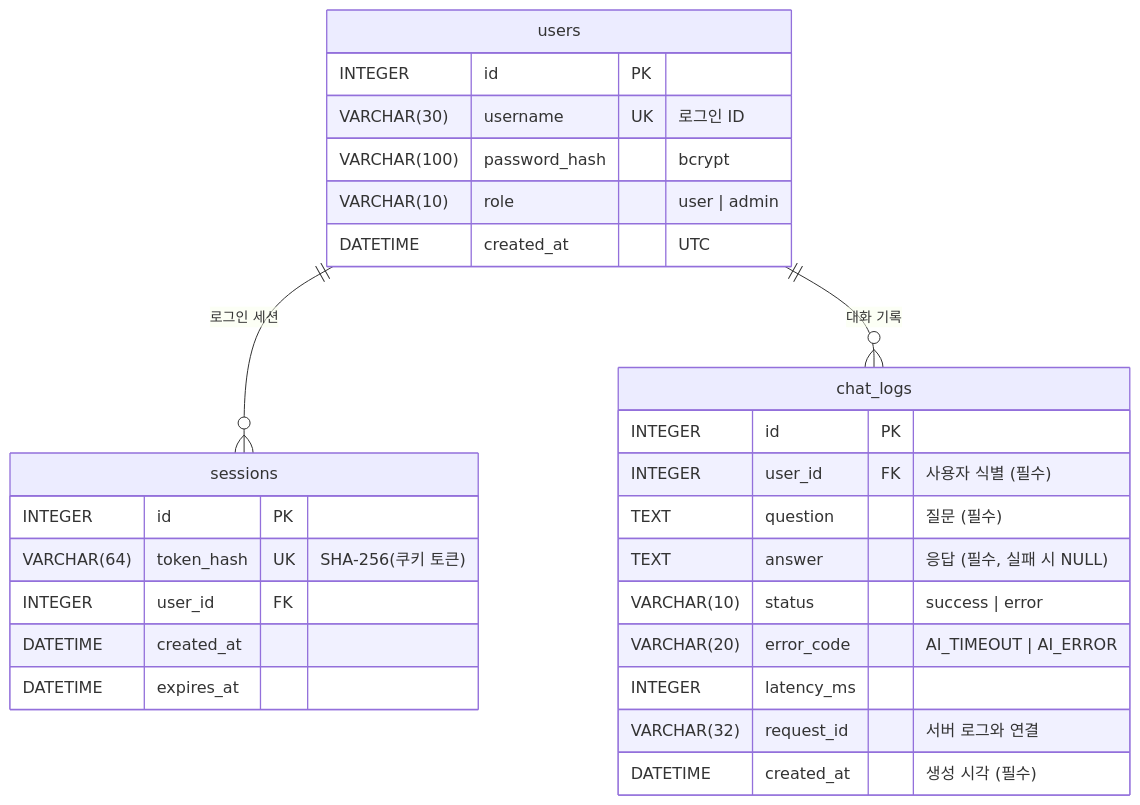
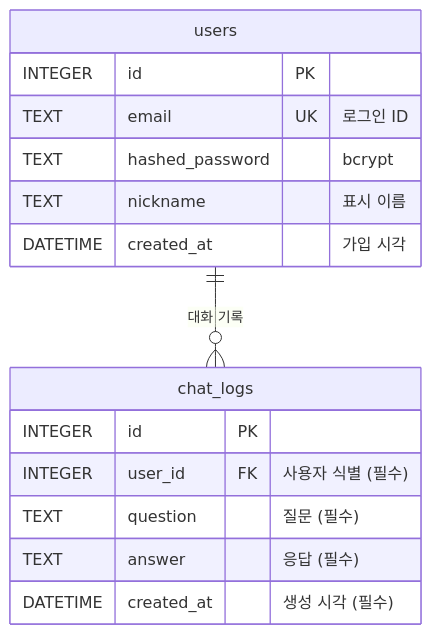
Before and after one commit to b7-1-chatbot-team/B7-1-chatbot: the diagram in docs/04-database.md, drawn with Mermaid. The commit also changed other lines of this file and 8 other files, not shown here.

````diff
--- a/docs/04-database.md
+++ b/docs/04-database.md
@@ -7,30 +12,18 @@
 ```mermaid
 erDiagram
-    users ||--o{ sessions : "로그인 세션"
     users ||--o{ chat_logs : "대화 기록"
     users {
         INTEGER id PK
-        VARCHAR(30) username UK "로그인 ID"
-        VARCHAR(100) password_hash "bcrypt"
-        VARCHAR(10) role "user | admin"
-        DATETIME created_at "UTC"
-    }
-    sessions {
-        INTEGER id PK
-        VARCHAR(64) token_hash UK "SHA-256(쿠키 토큰)"
-        INTEGER user_id FK
-        DATETIME created_at
-        DATETIME expires_at
+        TEXT email UK "로그인 ID"
+        TEXT hashed_password "bcrypt"
+        TEXT nickname "표시 이름"
+        DATETIME created_at "가입 시각"
     }
     chat_logs {
         INTEGER id PK
         INTEGER user_id FK "사용자 식별 (필수)"
         TEXT question "질문 (필수)"
-        TEXT answer "응답 (필수, 실패 시 NULL)"
-        VARCHAR(10) status "success | error"
-        VARCHAR(20) error_code "AI_TIMEOUT | AI_ERROR"
-        INTEGER latency_ms
-        VARCHAR(32) request_id "서버 로그와 연결"
+        TEXT answer "응답 (필수)"
         DATETIME created_at "생성 시각 (필수)"
     }
 ```
````
